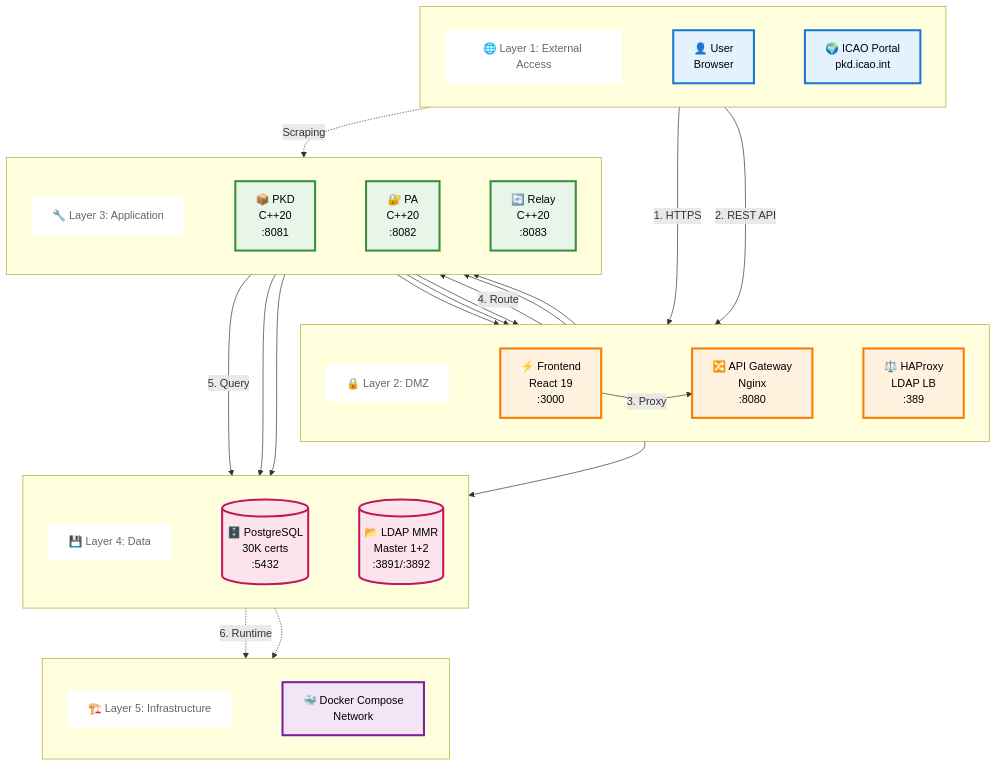
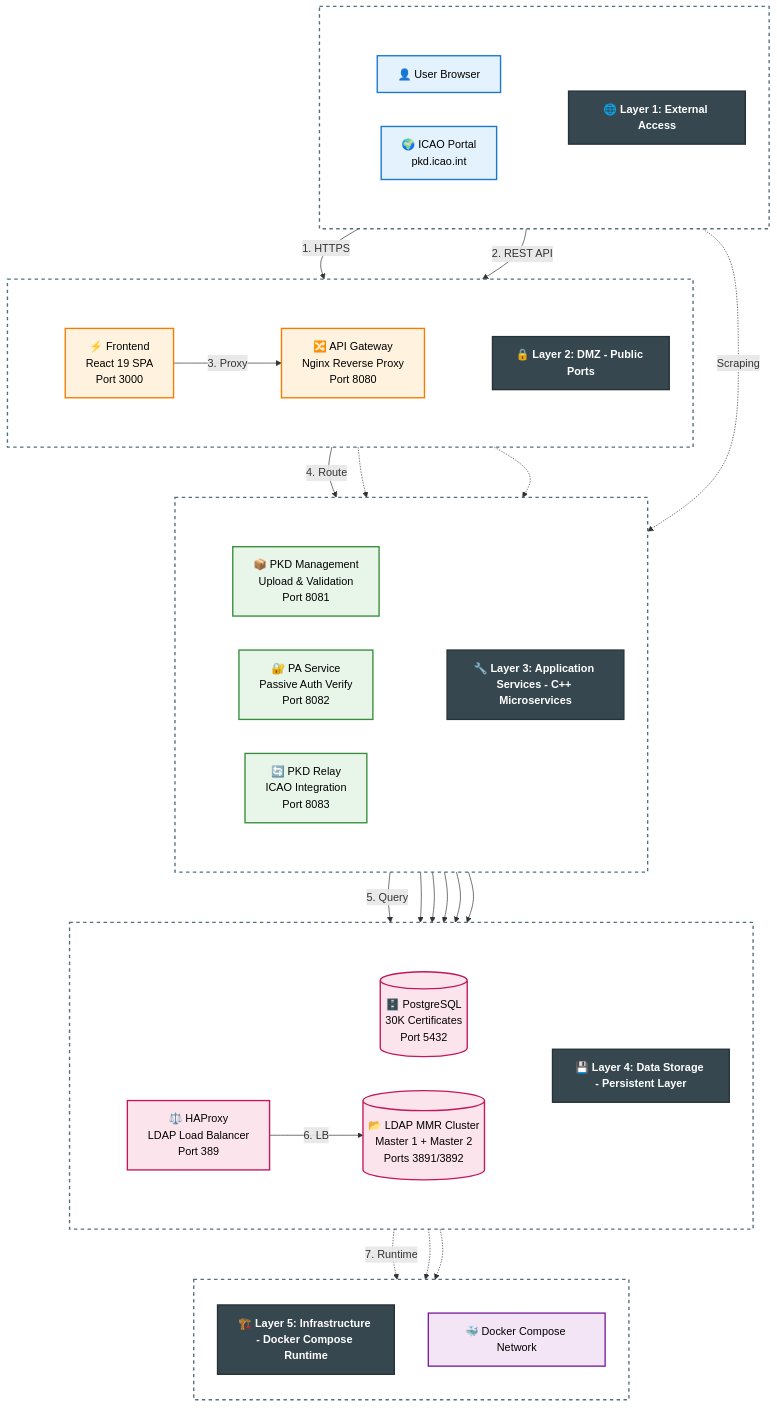
The first of 16 diagrams in docs/SOFTWARE_ARCHITECTURE.md (iland112/icao-local-pkd-cpp), drawn with Mermaid before and after one commit. The commit also changed other lines of this file and 1 other file, not shown here.

Commit message:
docs: Improve System Overview diagram with restructured layer layout and HAProxy repositioning
- Move HAProxy from Layer 2 (DMZ) to Layer 4 (Data Storage) for correct architectural placement
- Implement nested subgraph structure for better layer separation and alignment
- Add separate title nodes for each layer with distinct styling
- Standardize layer widths for visual consistency
- Arrange nodes horizontally within each layer using direction LR
- Update Layer Description table to reflect HAProxy relocation
- Fix layer overlapping issues with proper container styling

````diff
--- a/docs/SOFTWARE_ARCHITECTURE.md
+++ b/docs/SOFTWARE_ARCHITECTURE.md
@@ -43,87 +43,106 @@
 ```mermaid
 graph TB
-    subgraph Layer1[" "]
-        direction LR
+    %% Layer 1: External Access
+    subgraph L1[" "]
+        direction TB
         L1Title["🌐 Layer 1: External Access"]
-        User["👤 User<br/>Browser"]
-        ICAOPortal["🌍 ICAO Portal<br/>pkd.icao.int"]
-        L1Title ~~~ User
-        User ~~~ ICAOPortal
+        subgraph L1Nodes[" "]
+            direction LR
+            User["👤 User Browser"]
+            ICAOPortal["🌍 ICAO Portal<br/>pkd.icao.int"]
+        end
     end
 
-    subgraph Layer2[" "]
-        direction LR
-        L2Title["🔒 Layer 2: DMZ"]
-        Frontend["⚡ Frontend<br/>React 19<br/>:3000"]
-        APIGateway["🔀 API Gateway<br/>Nginx<br/>:8080"]
-        HAProxy["⚖️ HAProxy<br/>LDAP LB<br/>:389"]
-        L2Title ~~~ Frontend
-        Frontend ~~~ APIGateway
-        APIGateway ~~~ HAProxy
+    %% Layer 2: DMZ
+    subgraph L2[" "]
+        direction TB
+        L2Title["🔒 Layer 2: DMZ - Public Ports"]
+        subgraph L2Nodes[" "]
+            direction LR
+            Frontend["⚡ Frontend<br/>React 19 SPA<br/>Port 3000"]
+            APIGateway["🔀 API Gateway<br/>Nginx Reverse Proxy<br/>Port 8080"]
+        end
     end
 
-    subgraph Layer3[" "]
-        direction LR
-        L3Title["🔧 Layer 3: Application"]
-        PKD["📦 PKD<br/>C++20<br/>:8081"]
-        PA["🔐 PA<br/>C++20<br/>:8082"]
-        Relay["🔄 Relay<br/>C++20<br/>:8083"]
-        L3Title ~~~ PKD
-        PKD ~~~ PA
-        PA ~~~ Relay
+    %% Layer 3: Application Services
+    subgraph L3[" "]
+        direction TB
+        L3Title["🔧 Layer 3: Application Services - C++ Microservices"]
+        subgraph L3Nodes[" "]
+            direction LR
+            PKD["📦 PKD Management<br/>Upload & Validation<br/>Port 8081"]
+            PA["🔐 PA Service<br/>Passive Auth Verify<br/>Port 8082"]
+            Relay["🔄 PKD Relay<br/>ICAO Integration<br/>Port 8083"]
+        end
     end
 
-    subgraph Layer4[" "]
-        direction LR
-        L4Title["💾 Layer 4: Data"]
-        PostgreSQL[("🗄️ PostgreSQL<br/>30K certs<br/>:5432")]
-        LDAPCluster[("📂 LDAP MMR<br/>Master 1+2<br/>:3891/:3892")]
-        L4Title ~~~ PostgreSQL
-        PostgreSQL ~~~ LDAPCluster
+    %% Layer 4: Data Storage
+    subgraph L4[" "]
+        direction TB
+        L4Title["💾 Layer 4: Data Storage - Persistent Layer"]
+        subgraph L4Nodes[" "]
+            direction LR
+            PostgreSQL[("🗄️ PostgreSQL<br/>30K Certificates<br/>Port 5432")]
+            HAProxy["⚖️ HAProxy<br/>LDAP Load Balancer<br/>Port 389"]
+            LDAPCluster[("📂 LDAP MMR Cluster<br/>Master 1 + Master 2<br/>Ports 3891/3892")]
+        end
     end
 
-    subgraph Layer5[" "]
-        direction LR
-        L5Title["🏗️ Layer 5: Infrastructure"]
-        Docker["🐳 Docker Compose<br/>Network"]
-        L5Title ~~~ Docker
+    %% Layer 5: Infrastructure
+    subgraph L5[" "]
+        direction TB
+        L5Title["🏗️ Layer 5: Infrastructure - Docker Compose Runtime"]
+        Docker["🐳 Docker Compose Network"]
     end
 
-    %% Vertical flow - Layer by layer
+    %% Vertical connections - Layer by layer
     User -->|1. HTTPS| Frontend
     User -->|2. REST API| APIGateway
 
     Frontend -->|3. Proxy| APIGateway
 
     APIGateway -->|4. Route| PKD
-    APIGateway --> PA
-    APIGateway --> Relay
-    HAProxy --> LDAPCluster
+    APIGateway -.-> PA
+    APIGateway -.-> Relay
 
     PKD -->|5. Query| PostgreSQL
     PA --> PostgreSQL
     Relay --> PostgreSQL
+
     PKD --> HAProxy
     PA --> HAProxy
     Relay --> HAProxy
 
-    PostgreSQL -.->|6. Runtime| Docker
+    HAProxy -->|6. LB| LDAPCluster
+
+    PostgreSQL -.->|7. Runtime| Docker
+    HAProxy -.-> Docker
     LDAPCluster -.-> Docker
 
     ICAOPortal -.->|Scraping| Relay
 
-    %% Styling
-    classDef external fill:#E3F2FD,stroke:#1976D2,stroke-width:3px,color:#000
-    classDef dmz fill:#FFF3E0,stroke:#F57C00,stroke-width:3px,color:#000
-    classDef app fill:#E8F5E9,stroke:#388E3C,stroke-width:3px,color:#000
-    classDef data fill:#FCE4EC,stroke:#C2185B,stroke-width:3px,color:#000
-    classDef infra fill:#F3E5F5,stroke:#7B1FA2,stroke-width:3px,color:#000
-    classDef title fill:#FFFFFF,stroke:#FFFFFF,color:#666,stroke-width:0
+    %% Styling - Titles
+    classDef titleStyle fill:#37474F,stroke:#263238,stroke-width:2px,color:#fff,font-weight:bold
+    class L1Title,L2Title,L3Title,L4Title,L5Title titleStyle
+
+    %% Styling - Nodes
+    classDef external fill:#E3F2FD,stroke:#1976D2,stroke-width:2px,color:#000
+    classDef dmz fill:#FFF3E0,stroke:#F57C00,stroke-width:2px,color:#000
+    classDef app fill:#E8F5E9,stroke:#388E3C,stroke-width:2px,color:#000
+    classDef data fill:#FCE4EC,stroke:#C2185B,stroke-width:2px,color:#000
+    classDef infra fill:#F3E5F5,stroke:#7B1FA2,stroke-width:2px,color:#000
 
     class User,ICAOPortal external
-    class Frontend,APIGateway,HAProxy dmz
+    class Frontend,APIGateway dmz
     class PKD,PA,Relay app
-    class PostgreSQL,LDAPCluster data
+    class PostgreSQL,HAProxy,LDAPCluster data
     class Docker infra
-    class L1Title,L2Title,L3Title,L4Title,L5Title title
+
+    %% Styling - Containers (transparent borders)
+    classDef containerStyle fill:none,stroke:#546E7A,stroke-width:2px,stroke-dasharray:5 5
+    class L1,L2,L3,L4,L5 containerStyle
+
+    %% Styling - Node containers (invisible)
+    classDef nodeContainer fill:none,stroke:none
+    class L1Nodes,L2Nodes,L3Nodes,L4Nodes nodeContainer
 ```
````
